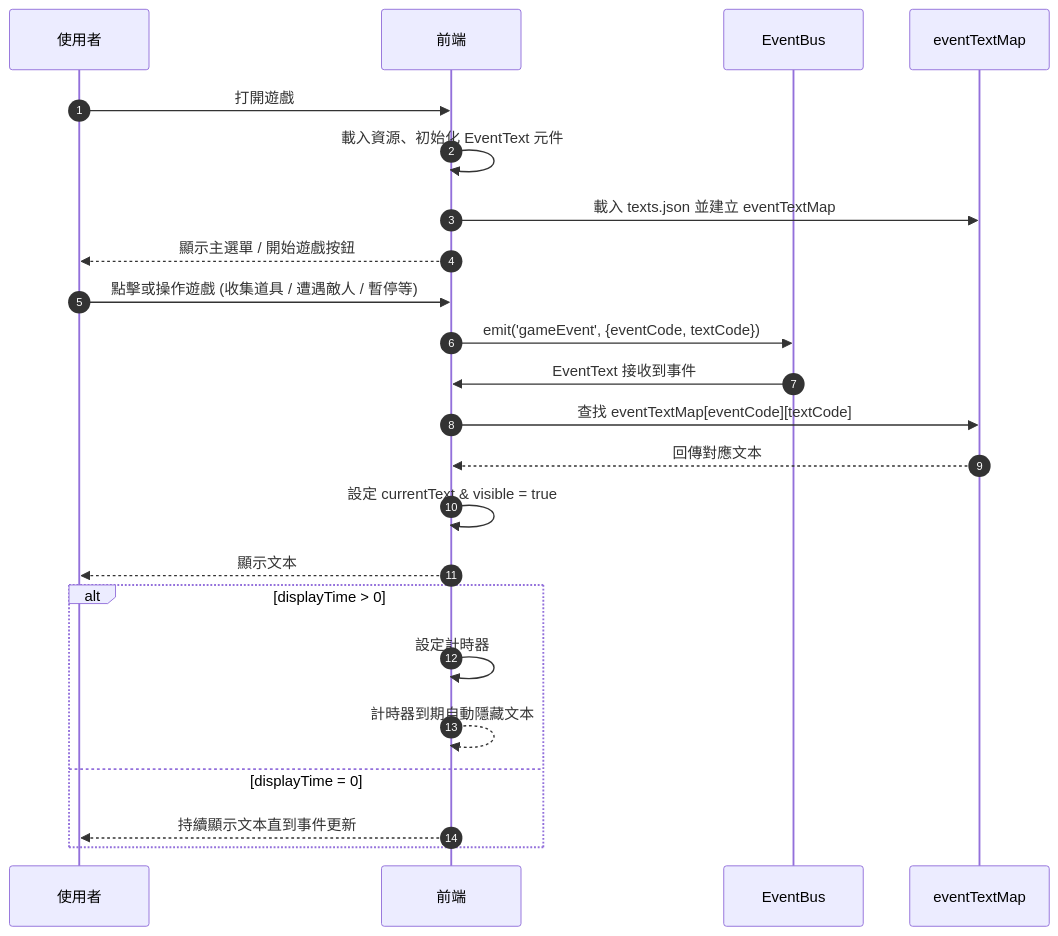
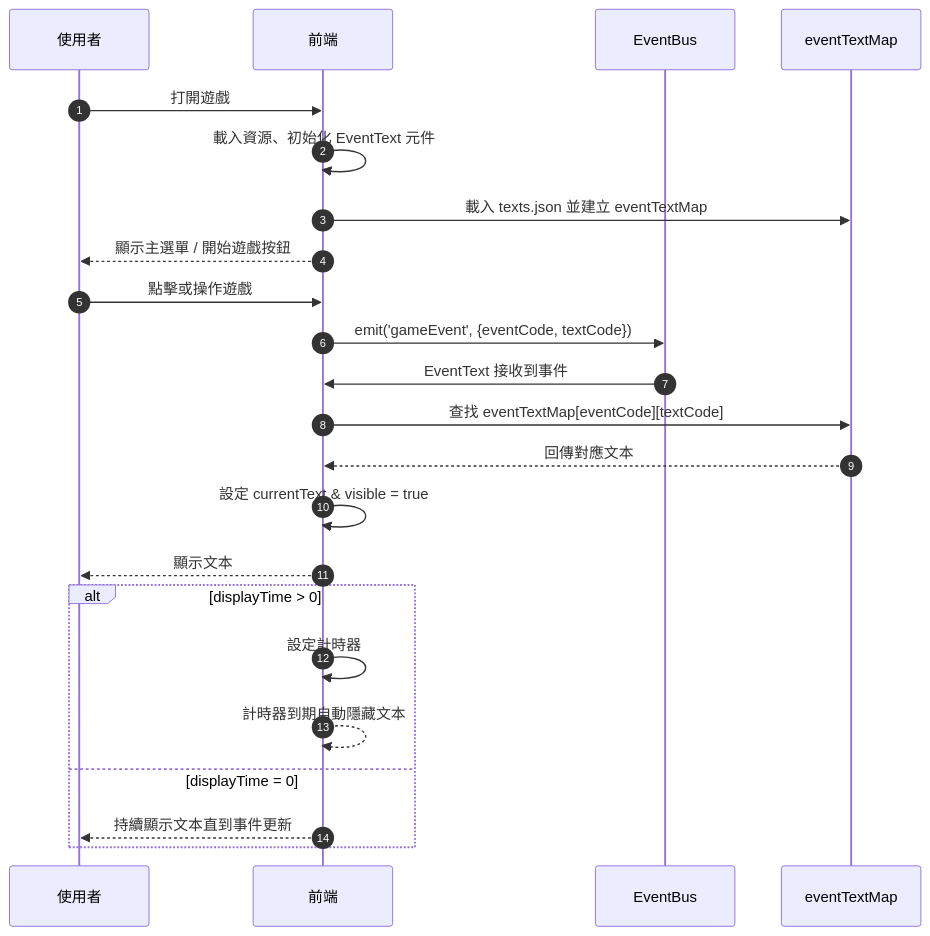
The first of 2 diagrams in docs/latest/specifications/text/dev.md (laplus-x/worklog), drawn with Mermaid before and after one commit. The commit also changed other lines of this file and 4 other files, not shown here.

Commit message:
fix(docs/latest/specifications): 修復 mermaid 格式錯誤

````diff
--- a/docs/latest/specifications/text/dev.md
+++ b/docs/latest/specifications/text/dev.md
@@ -13,29 +13,29 @@
 ```mermaid
 sequenceDiagram
     autonumber
     participant U as 使用者
     participant F as 前端
     participant E as EventBus
     participant T as eventTextMap
 
     %% === 遊戲初始化階段 ===
     U->>F: 打開遊戲
     F->>F: 載入資源、初始化 EventText 元件
     F->>T: 載入 texts.json 並建立 eventTextMap
     F-->>U: 顯示主選單 / 開始遊戲按鈕
 
     %% === 玩家互動事件 ===
-    U->>F: 點擊或操作遊戲 (收集道具 / 遭遇敵人 / 暫停等)
+    U->>F: 點擊或操作遊戲
     F->>E: emit('gameEvent', {eventCode, textCode})
     E->>F: EventText 接收到事件
     F->>T: 查找 eventTextMap[eventCode][textCode]
     T-->>F: 回傳對應文本
     F->>F: 設定 currentText & visible = true
     F-->>U: 顯示文本
     alt displayTime > 0
         F->>F: 設定計時器
         F-->>F: 計時器到期自動隱藏文本
     else displayTime = 0
         F-->>U: 持續顯示文本直到事件更新
     end
 ```
````
